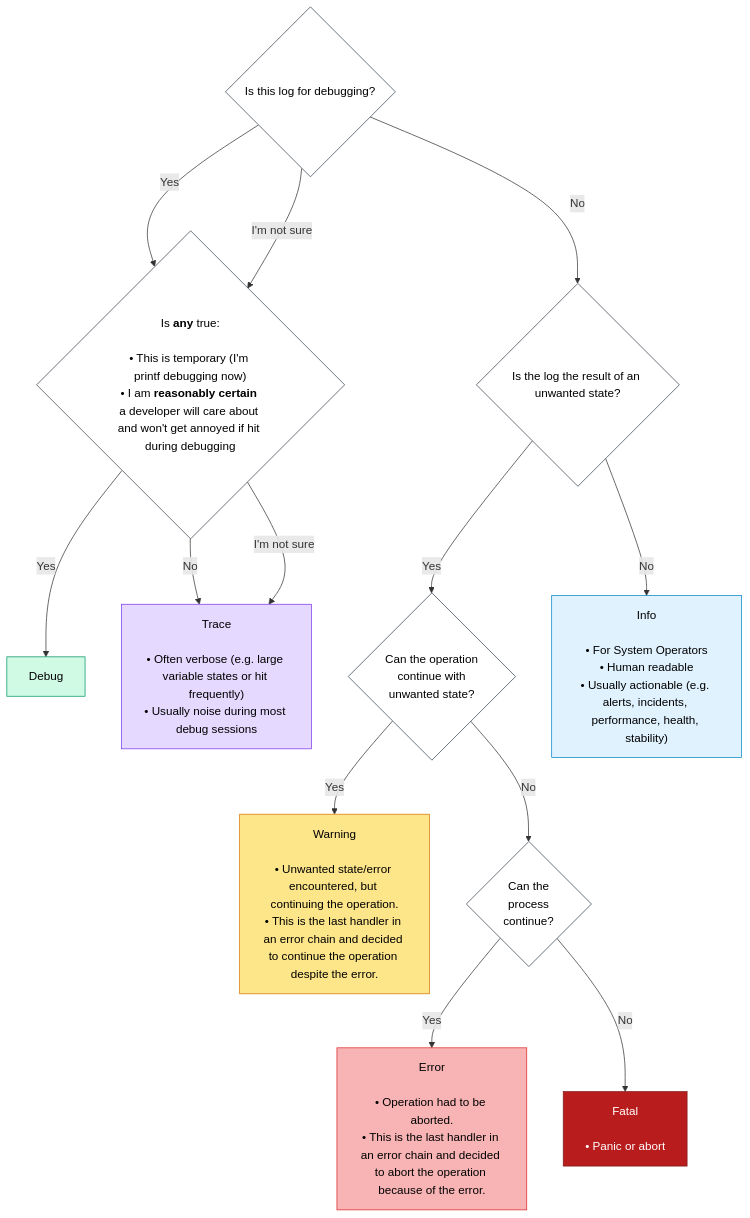
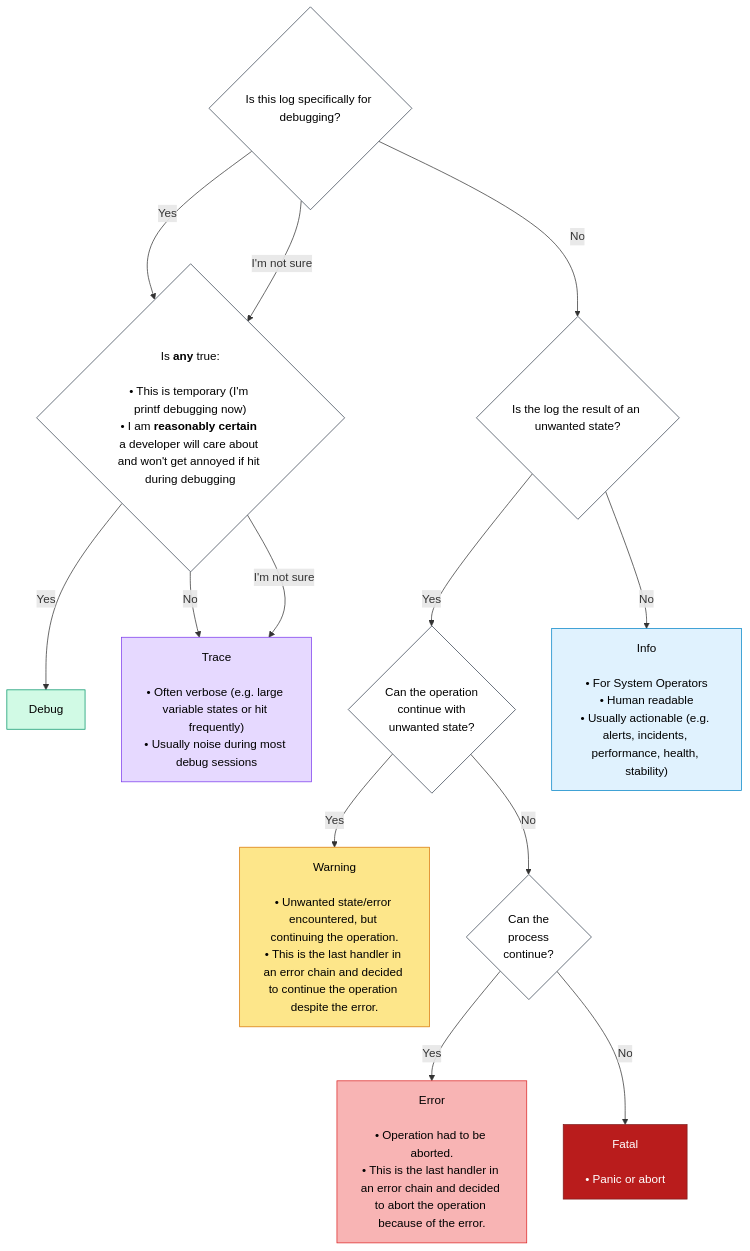
Before and after one commit to mcmah309/err_trail: the diagram in README.md, drawn with Mermaid.

````diff
--- a/README.md
+++ b/README.md
@@ -68,45 +68,45 @@
 ```mermaid
 flowchart TD
-    Start{Is this log for debugging?}
+    Start{Is this log specifically for debugging?}
 
     Start -->|Yes| SessionType
     Start -->|No| UnwantedState
     Start -->|I'm not sure| SessionType
     SessionType --> |Yes| Debug
     SessionType --> |No| Trace
     SessionType -->|I'm not sure| Trace
     UnwantedState -->|Yes| ProcessContinue
     UnwantedState -->|No| Info    
     ProcessContinue -->|Yes| Warning
     ProcessContinue -->|No| AppContinue 
     AppContinue -->|Yes| Error
     AppContinue -->|No| Fatal
 
     UnwantedState{Is the log the result of an unwanted state?}
     SessionType{"Is <b>any</b> true:<br/><br/>• This is temporary (I'm printf debugging now)<br/>• I am <b>reasonably certain</b> a developer will care about and won't get annoyed if hit during debugging"}
     ProcessContinue{Can the operation<br/>continue with<br/>unwanted state?}
     AppContinue{Can the<br/>process<br/>continue?}
     
     classDef normal fill:#ffffff,stroke:#374151,color:#000;
     classDef trace  fill:#e6d9ff,stroke:#7c3aed,color:#000;
     classDef debug  fill:#d1fae5,stroke:#059669,color:#000;
     classDef info   fill:#e0f2fe,stroke:#0284c7,color:#000;
     classDef warning fill:#fde68a,stroke:#d97706,color:#000;
     classDef error  fill:#f8b4b4,stroke:#dc2626,color:#000;
     classDef fatal  fill:#b91c1c,stroke:#7f1d1d,color:#fff;
 
     class Start,SessionType,UnwantedState,ProcessContinue,AppContinue normal;
     class Trace trace;
     class Debug debug;
     class Info info;
     class Warning warning;
     class Error error;
     class Fatal fatal;
 
     Trace["Trace<br/><br/>• Often verbose (e.g. large variable states or hit frequently)<br/>• Usually noise during most debug sessions"]
     Debug[Debug]
     Info["Info<br/><br/>• For System Operators<br/>• Human readable<br/>• Usually actionable (e.g. alerts, incidents, performance, health, stability)"]
     Warning["Warning<br/><br/>• Unwanted state/error encountered, but continuing the operation.<br/>• This is the last handler in an error chain and decided to continue the operation despite the error."]
     Error["Error<br/><br/>• Operation had to be aborted.<br/>• This is the last handler in an error chain and decided to abort the operation because of the error."]
     Fatal[Fatal<br/><br/>• Panic or abort]
 ```
````
